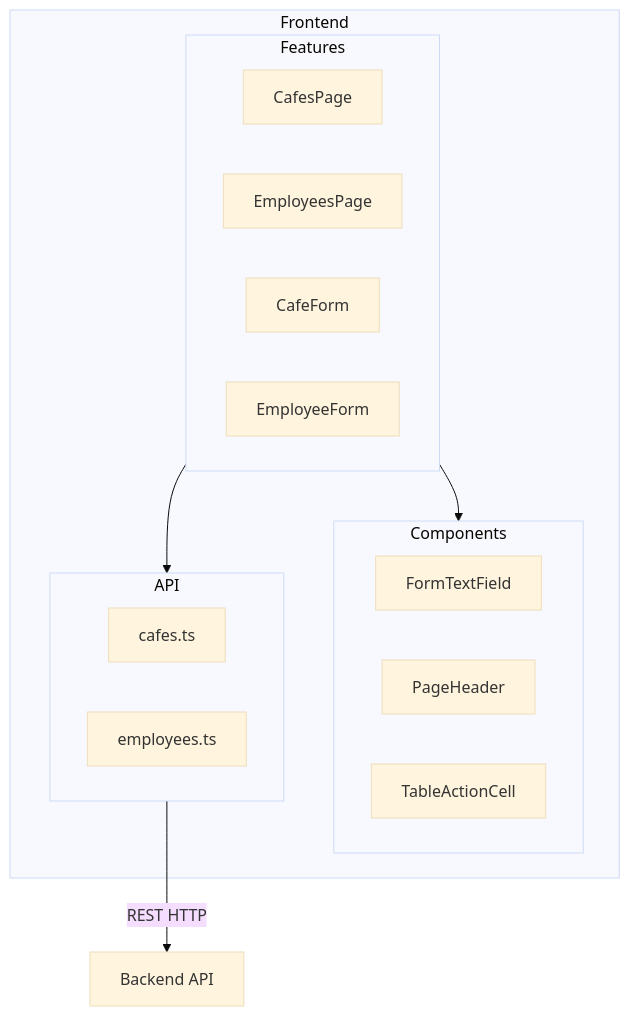
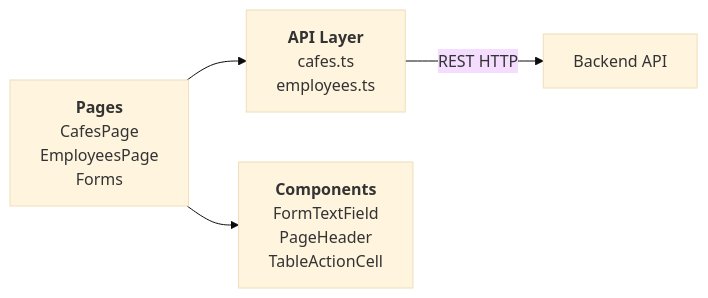
One commit to YellowO2/cafe-manager-gic changed the second of 2 diagrams in README.md. Above: the diagram before and after it, drawn with Mermaid (base theme). The commit also changed other lines of this file, not shown here.

````diff
--- a/README.md
+++ b/README.md
@@ -145,27 +140,6 @@
 ```mermaid
-graph TB
-    subgraph Frontend
-        subgraph Features
-            CafePage[CafesPage]
-            EmployeePage[EmployeesPage]
-            CafeForm[CafeForm]
-            EmployeeForm[EmployeeForm]
-        end
-        
-        subgraph Components
-            FormTextField
-            PageHeader
-            TableActionCell
-        end
-        
-        subgraph API
-            CafesAPI[cafes.ts]
-            EmployeesAPI[employees.ts]
-        end
-        
-        Features --> API
-        Features --> Components
-    end
-    
-    API -->|REST HTTP| BackendAPI[Backend API]
+graph LR
+    Pages["<b>Pages</b><br/>CafesPage<br/>EmployeesPage<br/>Forms"] --> API["<b>API Layer</b><br/>cafes.ts<br/>employees.ts"]
+    Pages --> Components["<b>Components</b><br/>FormTextField<br/>PageHeader<br/>TableActionCell"]
+    API -->|REST HTTP| Backend[Backend API]
 ```
````
